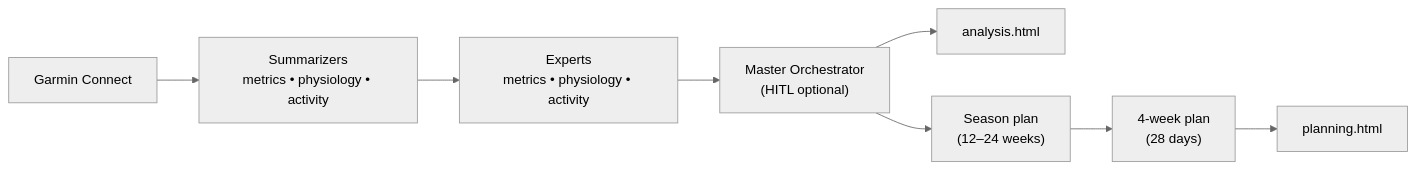
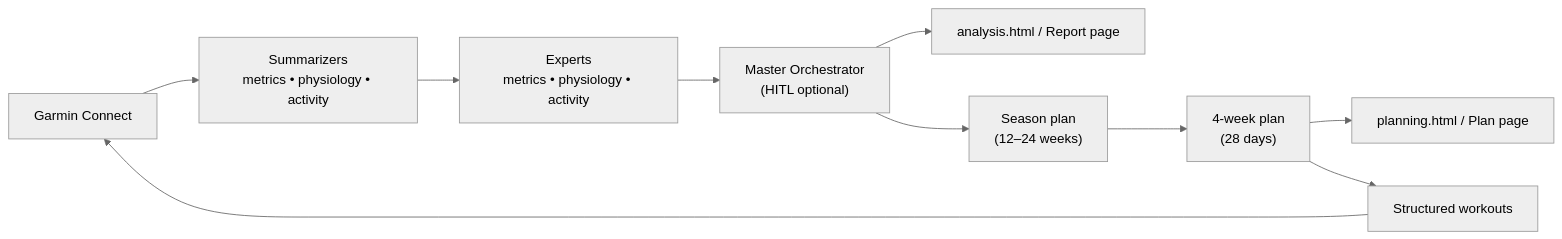
Before and after one commit to Verdalingen/athlete-management-system: the diagram in README.md, drawn with Mermaid (neutral theme). The commit also changed other lines of this file and 47 other files, not shown here.

````diff
--- a/README.md
+++ b/README.md
@@ -81,10 +131,12 @@
 ```mermaid
 flowchart LR
     GC["Garmin Connect"] --> SUM["Summarizers<br>metrics • physiology • activity"]
     SUM --> EXP["Experts<br>metrics • physiology • activity"]
     EXP --> ORCH["Master Orchestrator<br>(HITL optional)"]
-    ORCH --> ANALYSIS["analysis.html"]
+    ORCH --> ANALYSIS["analysis.html / Report page"]
     ORCH --> SEASON["Season plan<br>(12–24 weeks)"]
     SEASON --> WEEK["4-week plan<br>(28 days)"]
-    WEEK --> PLANNING["planning.html"]
+    WEEK --> PLANNING["planning.html / Plan page"]
+    WEEK --> PUSH["Structured workouts"]
+    PUSH --> GC
 ```
````
